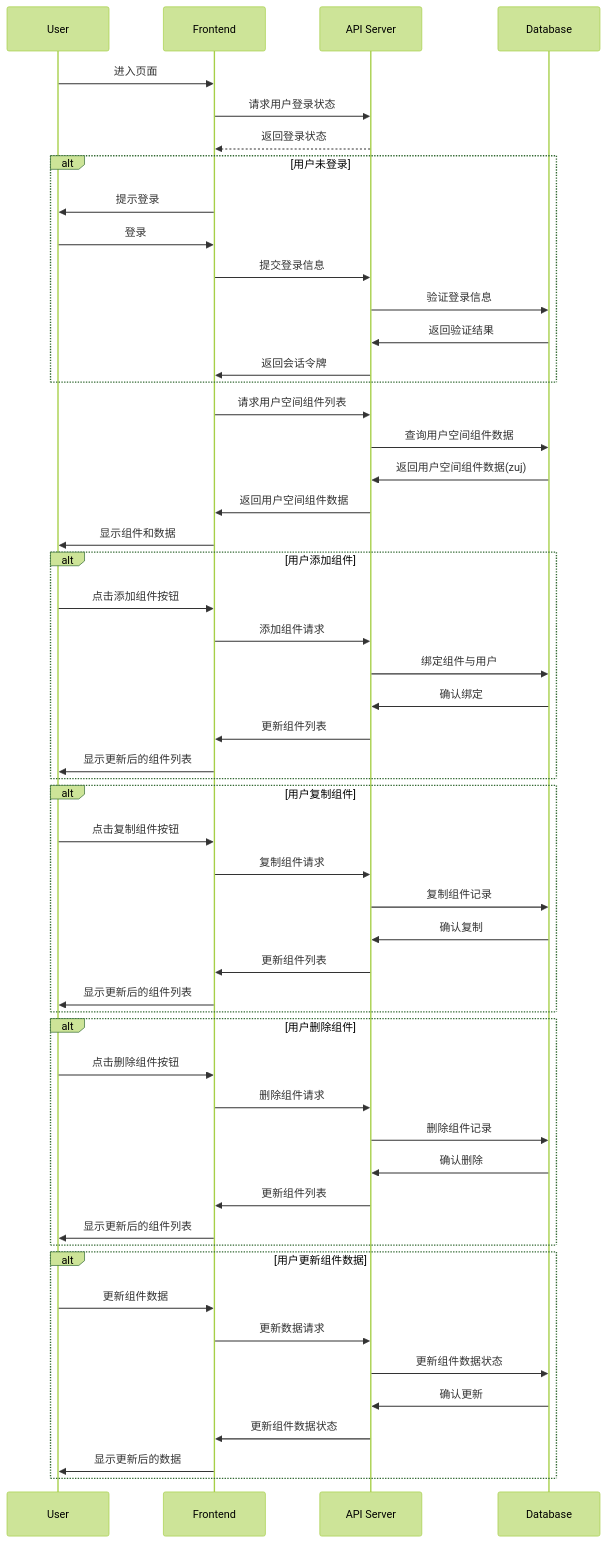
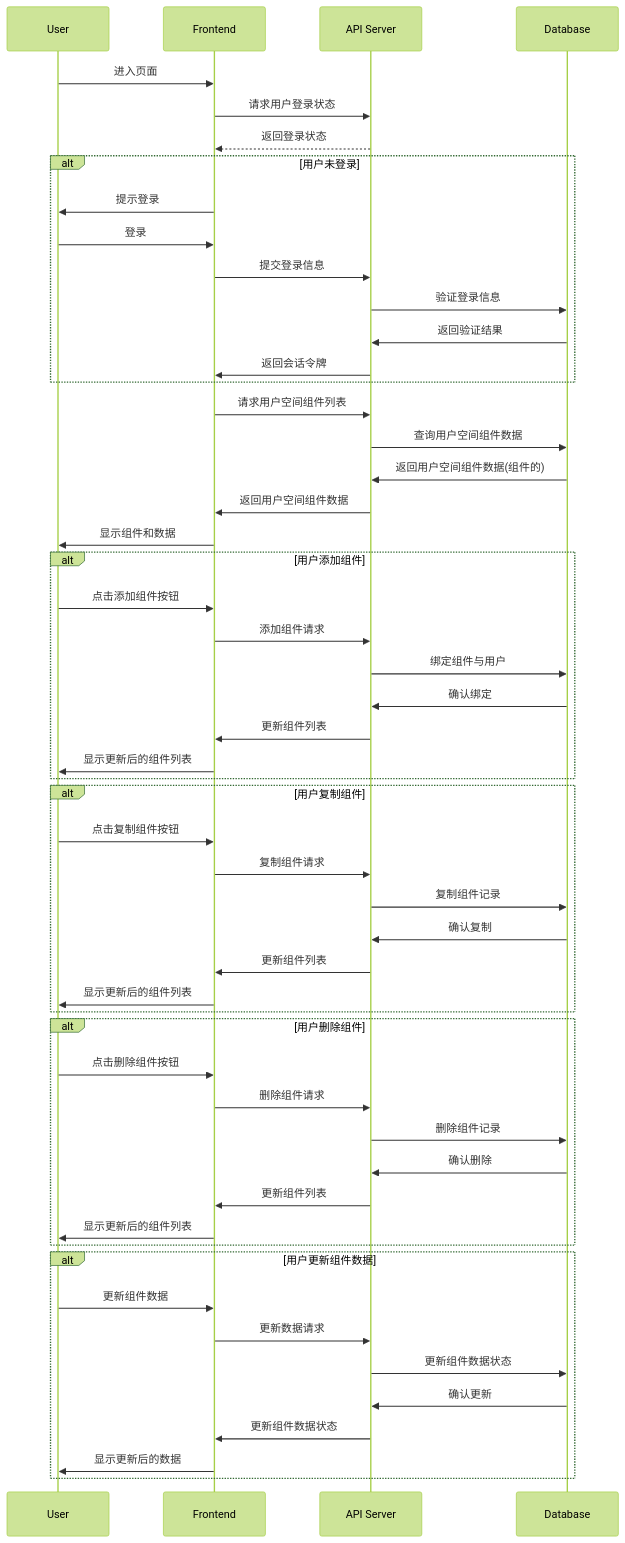
The diagram in all/未命名-7.md (yingjianzh/iodraw-files), drawn with Mermaid (forest theme) before and after one commit.

Commit message:
2024-10-09 10:20:47 update

````diff
--- a/all/未命名-7.md
+++ b/all/未命名-7.md
@@ -1,62 +1,62 @@
 ```mermaid
 sequenceDiagram
     participant User
     participant Frontend
     participant API Server
     participant Database
 
     User->>Frontend: 进入页面
     Frontend->>API Server: 请求用户登录状态
     API Server-->>Frontend: 返回登录状态
     alt 用户未登录
         Frontend->>User: 提示登录
         User->>Frontend: 登录
         Frontend->>API Server: 提交登录信息
         API Server->>Database: 验证登录信息
         Database->>API Server: 返回验证结果
         API Server->>Frontend: 返回会话令牌
     end
 
     Frontend->>API Server: 请求用户空间组件列表
     API Server->>Database: 查询用户空间组件数据
-    Database->>API Server: 返回用户空间组件数据(zuj)
+    Database->>API Server: 返回用户空间组件数据(组件的)
     API Server->>Frontend: 返回用户空间组件数据
     Frontend->>User: 显示组件和数据
 
     alt 用户添加组件
         User->>Frontend: 点击添加组件按钮
         Frontend->>API Server: 添加组件请求
         API Server->>Database: 绑定组件与用户
         Database->>API Server: 确认绑定
         API Server->>Frontend: 更新组件列表
         Frontend->>User: 显示更新后的组件列表
     end
 
     alt 用户复制组件
         User->>Frontend: 点击复制组件按钮
         Frontend->>API Server: 复制组件请求
         API Server->>Database: 复制组件记录
         Database->>API Server: 确认复制
         API Server->>Frontend: 更新组件列表
         Frontend->>User: 显示更新后的组件列表
     end
 
     alt 用户删除组件
         User->>Frontend: 点击删除组件按钮
         Frontend->>API Server: 删除组件请求
         API Server->>Database: 删除组件记录
         Database->>API Server: 确认删除
         API Server->>Frontend: 更新组件列表
         Frontend->>User: 显示更新后的组件列表
     end
 
     alt 用户更新组件数据
         User->>Frontend: 更新组件数据
         Frontend->>API Server: 更新数据请求
         API Server->>Database: 更新组件数据状态
         Database->>API Server: 确认更新
         API Server->>Frontend: 更新组件数据状态
         Frontend->>User: 显示更新后的数据
     end
 
 ```
````
